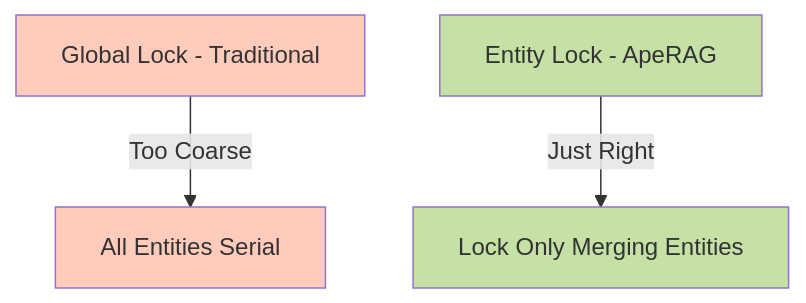
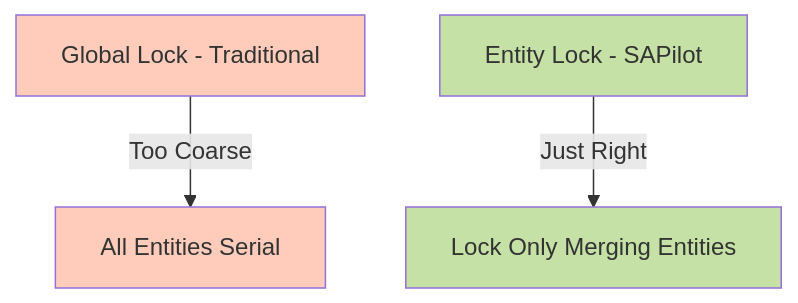
Diagram 11 of 14 in docs/en-US/design/graph_index_creation.md (TheoEquity/SAPilot), drawn with Mermaid before and after one commit. The commit also changed other lines of this file and 37 other files, not shown here.

First line of the commit message:
docs: replace all ApeRAG references with SAPilot across documentation

````diff
--- a/docs/en-US/design/graph_index_creation.md
+++ b/docs/en-US/design/graph_index_creation.md
@@ -471,11 +471,11 @@
 ```mermaid
 graph TD
     A[Global Lock - Traditional] -->|Too Coarse| B[All Entities Serial]
     
-    C[Entity Lock - ApeRAG] -->|Just Right| D[Lock Only Merging Entities]
+    C[Entity Lock - SAPilot] -->|Just Right| D[Lock Only Merging Entities]
     
     style A fill:#ffccbc
     style B fill:#ffccbc
     style C fill:#c5e1a5
     style D fill:#c5e1a5
 ```
````
